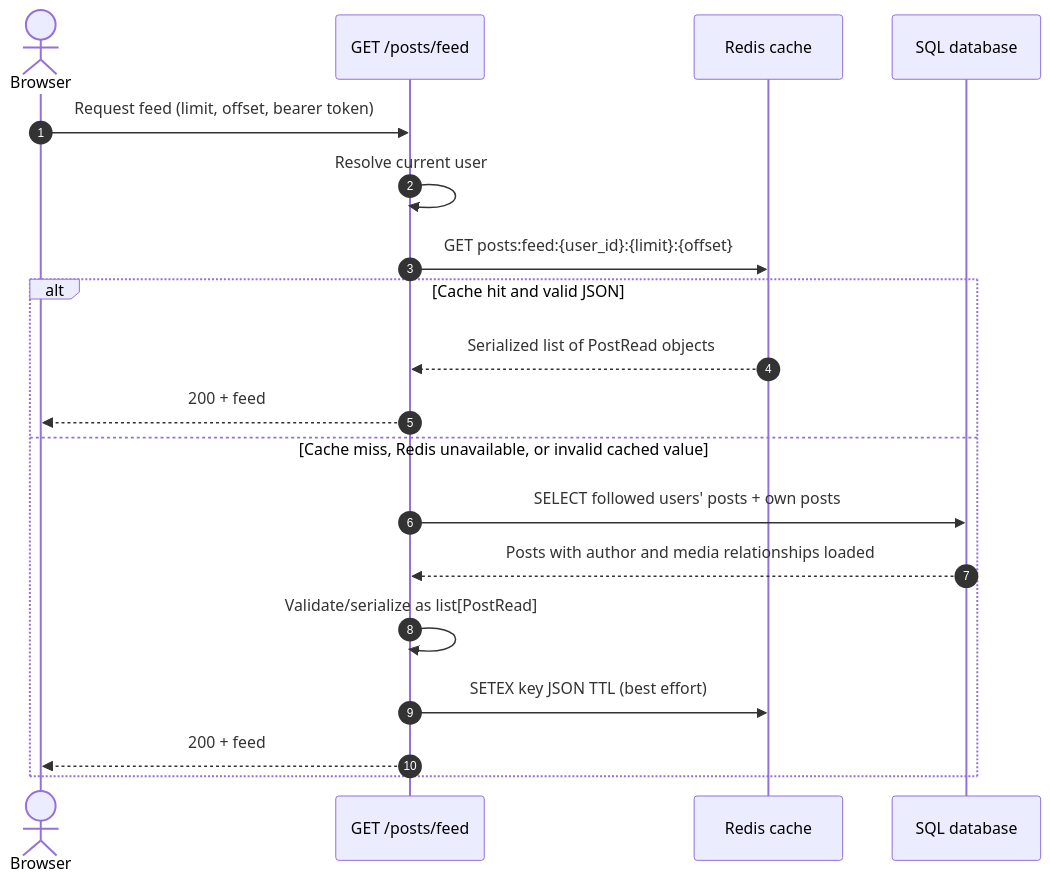
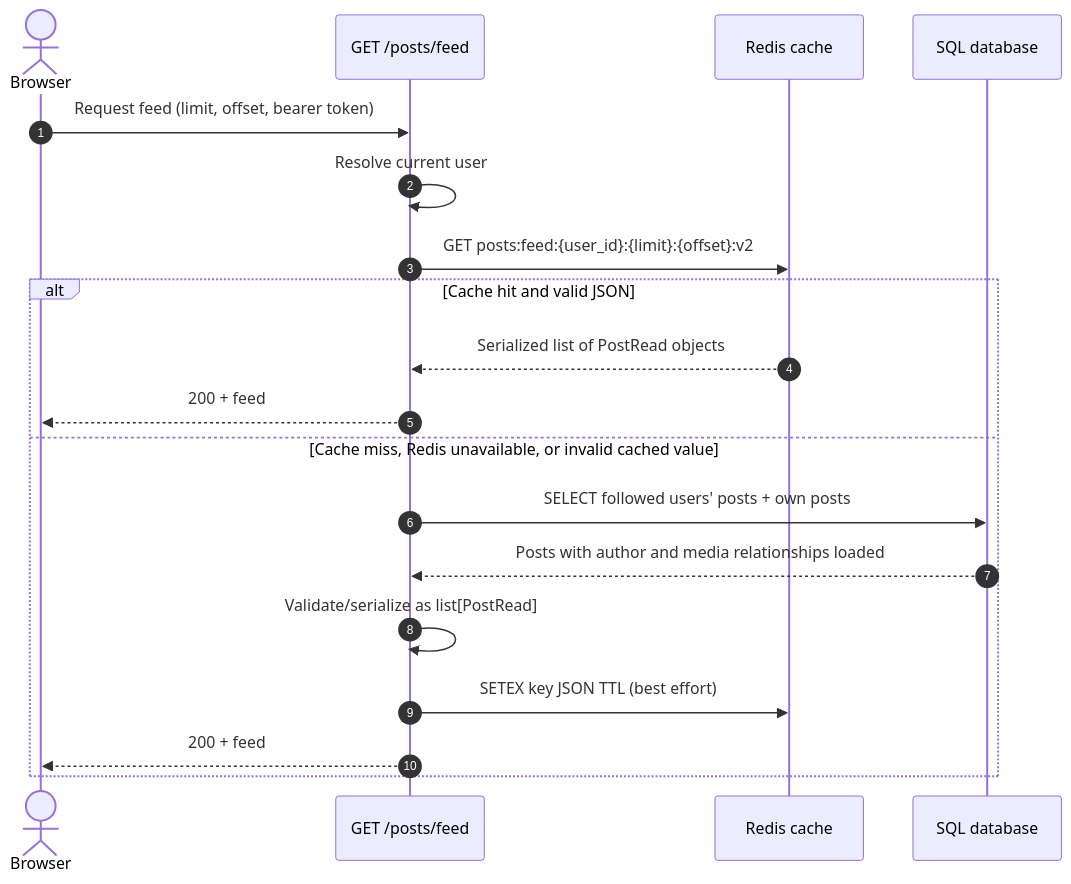
The second of 4 diagrams in docs/redis-backend-learning-guide.md (shiva6666/socialmediaapp), drawn with Mermaid before and after one commit. The commit also changed other lines of this file and 8 other files, not shown here.

````diff
--- a/docs/redis-backend-learning-guide.md
+++ b/docs/redis-backend-learning-guide.md
@@ -59,22 +60,22 @@
 ```mermaid
 sequenceDiagram
     autonumber
     actor Browser
     participant Route as GET /posts/feed
     participant Cache as Redis cache
     participant DB as SQL database
 
     Browser->>Route: Request feed (limit, offset, bearer token)
     Route->>Route: Resolve current user
-    Route->>Cache: GET posts:feed:{user_id}:{limit}:{offset}
+    Route->>Cache: GET posts:feed:{user_id}:{limit}:{offset}:v2
     alt Cache hit and valid JSON
         Cache-->>Route: Serialized list of PostRead objects
         Route-->>Browser: 200 + feed
     else Cache miss, Redis unavailable, or invalid cached value
         Route->>DB: SELECT followed users' posts + own posts
         DB-->>Route: Posts with author and media relationships loaded
         Route->>Route: Validate/serialize as list[PostRead]
         Route->>Cache: SETEX key JSON TTL (best effort)
         Route-->>Browser: 200 + feed
     end
 ```
````
